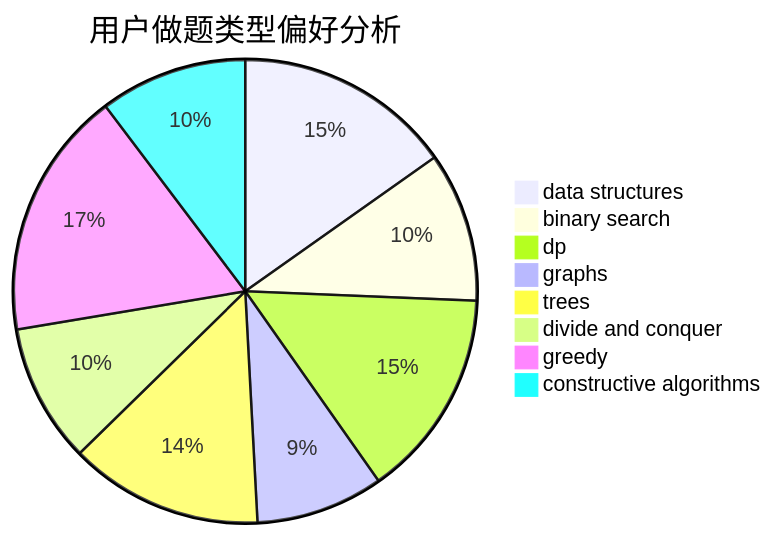
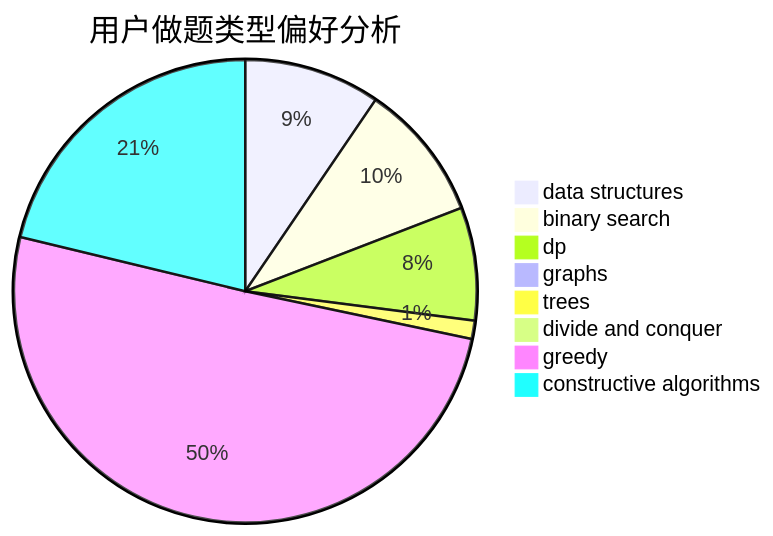
The second of 3 diagrams in docs/user/u682.md (sherpahu/cfrs.github.io), drawn with Mermaid before and after one commit. The commit also changed other lines of this file and 2770 other files, not shown here.

````diff
--- a/docs/user/u682.md
+++ b/docs/user/u682.md
@@ -23,11 +23,11 @@
 ```mermaid
 pie title 用户做题类型偏好分析
-    "data structures" :  99
-    "binary search" :  68
-    "dp" :  95
-    "graphs" :  58
-    "trees" :  88
-    "divide and conquer" :  63
-    "greedy" :  113
-    "constructive algorithms" :  67
+    "data structures" :  82
+    "binary search" :  83
+    "dp" :  68
+    "graphs" :  5
+    "trees" :  11
+    "divide and conquer" :  0
+    "greedy" :  435
+    "constructive algorithms" :  183
 ```
````
